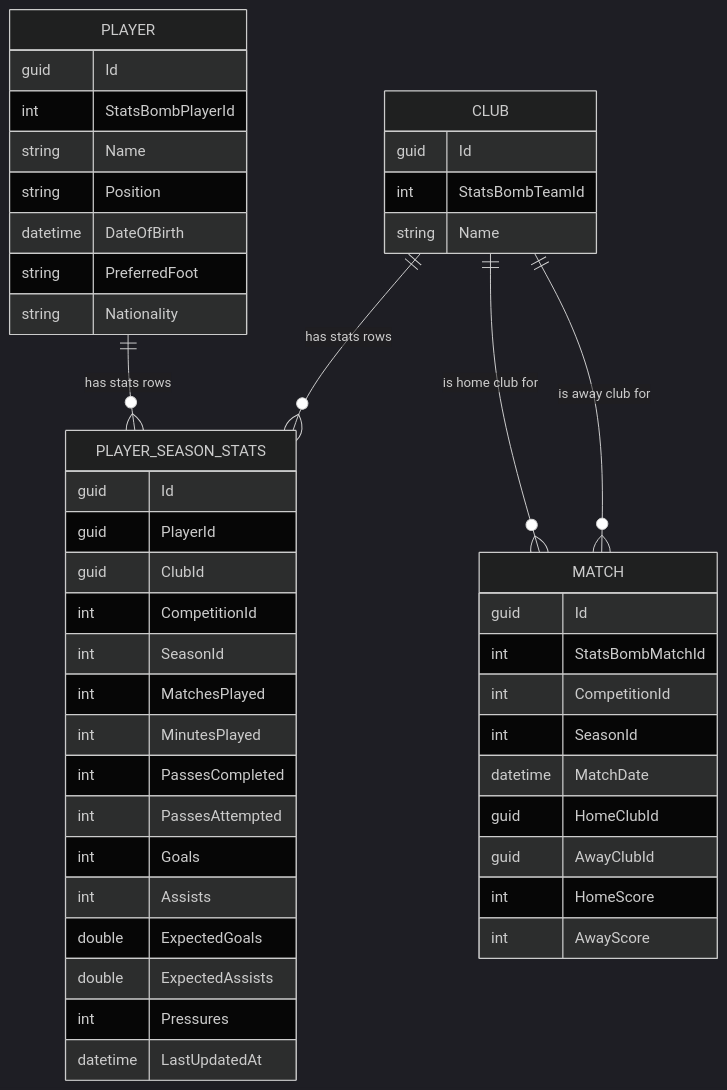
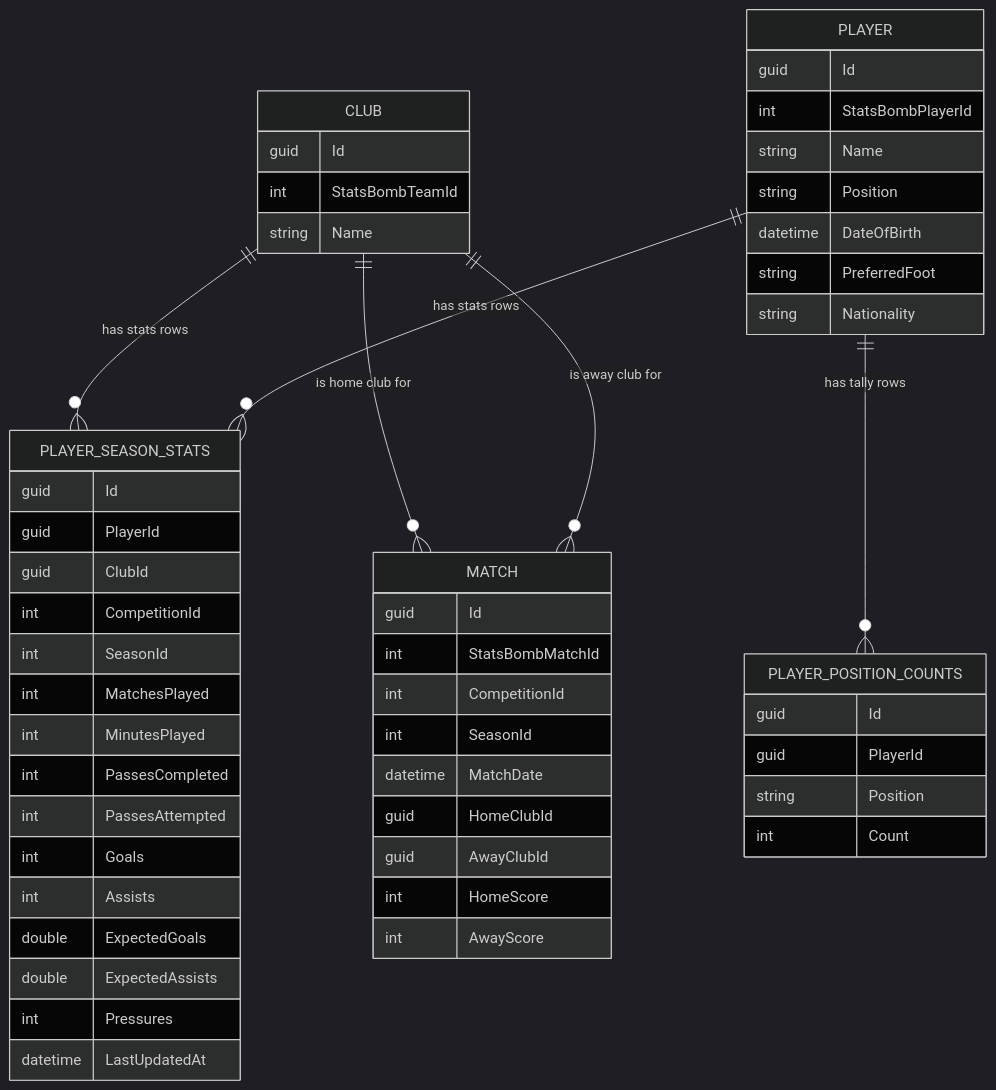
The second of 2 diagrams in docs/architecture/domain-model.md (Kia2002/FootballIQ), drawn with Mermaid (dark theme) before and after one commit. The commit also changed other lines of this file, not shown here.

Commit message:
[docs] Document IngestionLog, PlayerPositionTally, and Goals/Assists/xG/xA computation in domain model

````diff
--- a/docs/architecture/domain-model.md
+++ b/docs/architecture/domain-model.md
@@ -115,50 +139,57 @@
 ```mermaid
 erDiagram
     CLUB ||--o{ PLAYER_SEASON_STATS : "has stats rows"
     PLAYER ||--o{ PLAYER_SEASON_STATS : "has stats rows"
     CLUB ||--o{ MATCH : "is home club for"
     CLUB ||--o{ MATCH : "is away club for"
+    PLAYER ||--o{ PLAYER_POSITION_COUNTS : "has tally rows"
 
     CLUB {
         guid Id
         int StatsBombTeamId
         string Name
     }
     PLAYER {
         guid Id
         int StatsBombPlayerId
         string Name
         string Position
         datetime DateOfBirth
         string PreferredFoot
         string Nationality
     }
     PLAYER_SEASON_STATS {
         guid Id
         guid PlayerId
         guid ClubId
         int CompetitionId
         int SeasonId
         int MatchesPlayed
         int MinutesPlayed
         int PassesCompleted
         int PassesAttempted
         int Goals
         int Assists
         double ExpectedGoals
         double ExpectedAssists
         int Pressures
         datetime LastUpdatedAt
     }
     MATCH {
         guid Id
         int StatsBombMatchId
         int CompetitionId
         int SeasonId
         datetime MatchDate
         guid HomeClubId
         guid AwayClubId
         int HomeScore
         int AwayScore
     }
+    PLAYER_POSITION_COUNTS {
+        guid Id
+        guid PlayerId
+        string Position
+        int Count
+    }
 ```
````
